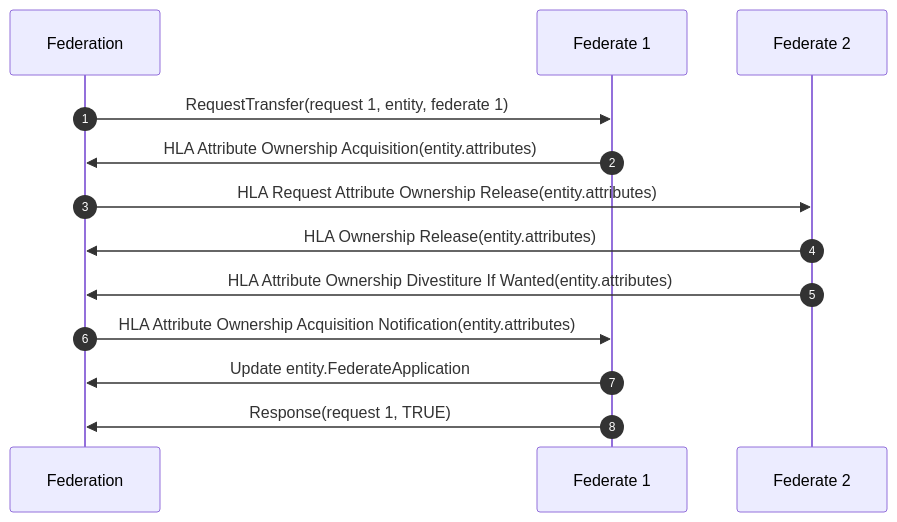
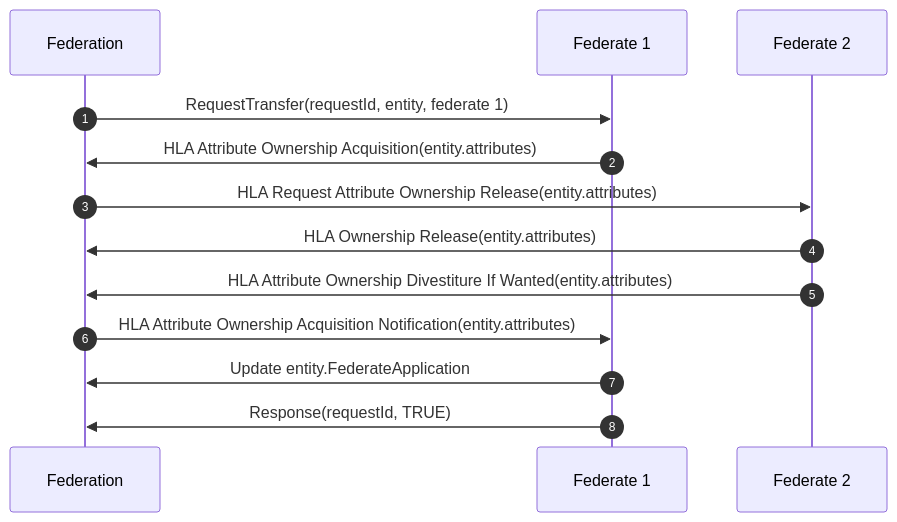
Before and after one commit to AMSP-04/NETN-TMR: the second of 5 diagrams in NETN-TMR.md, drawn with Mermaid. The commit also changed other lines of this file and 2 other files, not shown here.

````diff
--- a/NETN-TMR.md
+++ b/NETN-TMR.md
@@ -88,12 +64,14 @@
 ``` mermaid 
-sequenceDiagram
+ 
+sequenceDiagram 
 autonumber
-Federation ->>Federate 1:RequestTransfer(request 1, entity, federate 1) 
+Federation ->>Federate 1:RequestTransfer(requestId, entity, federate 1) 
 Federate 1->>Federation:HLA Attribute Ownership Acquisition(entity.attributes) 
 Federation->>Federate 2:HLA Request Attribute Ownership Release(entity.attributes) 
 Federate 2->>Federation:HLA Ownership Release(entity.attributes) 
-Federate 2->>Federation:HLA Attribute Ownership Divestiture If Wanted(entity.attributes)
+Federate 2->>Federation:HLA Attribute Ownership Divestiture If Wanted(entity.attributes) 
 Federation->>Federate 1:HLA Attribute Ownership Acquisition Notification(entity.attributes) 
 Federate 1->>Federation:Update entity.FederateApplication 
-Federate 1->>Federation:Response(request 1, TRUE) 
+Federate 1->>Federation:Response(requestId, TRUE) 
+ 
 ``` 
````
